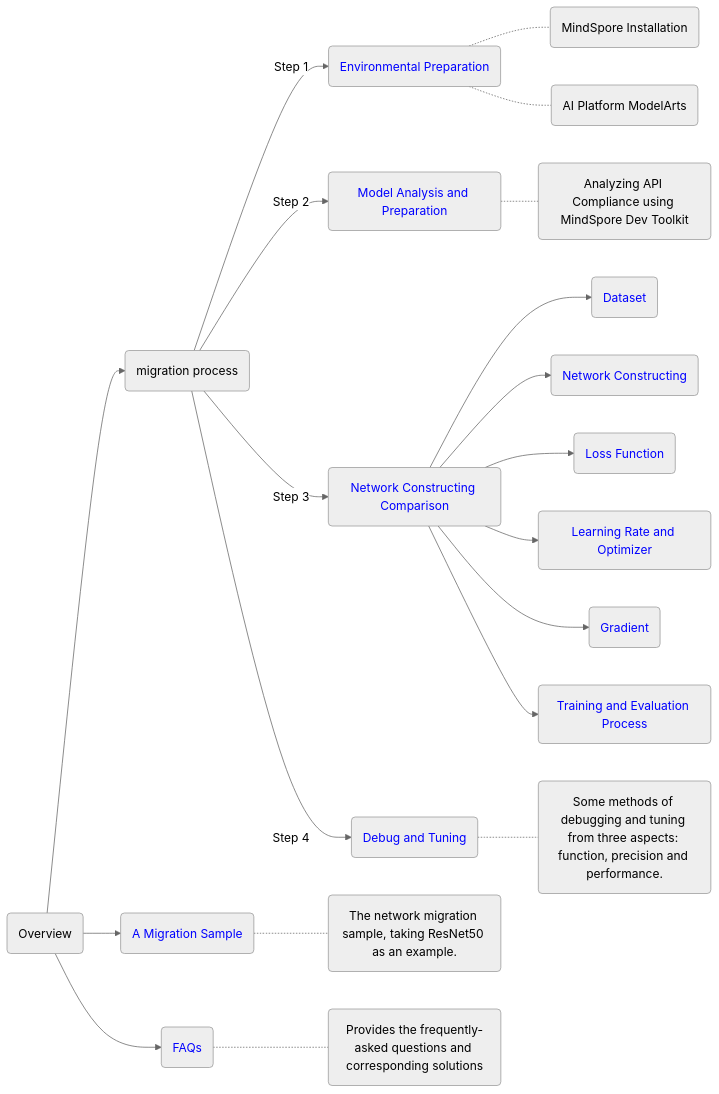
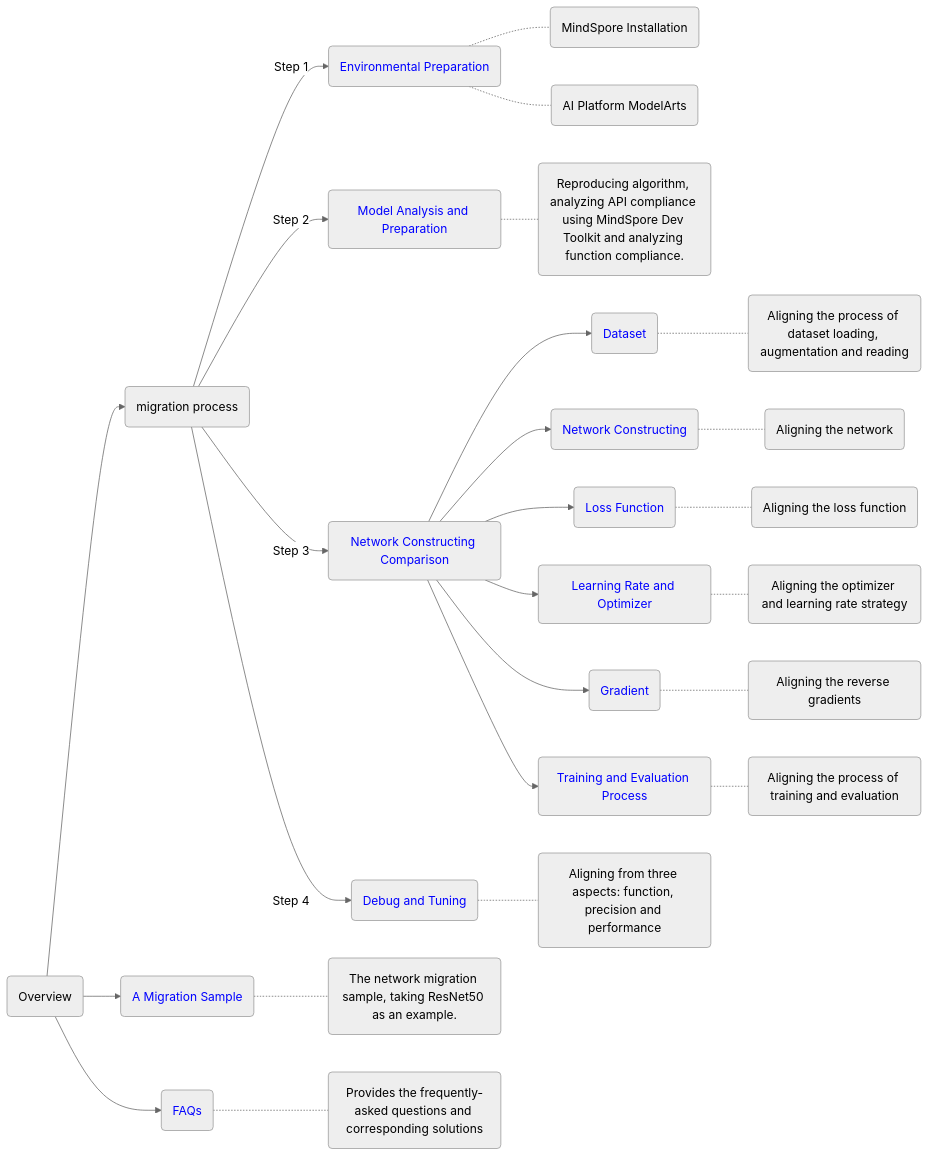
One commit to mindspore-ai/docs changed the diagram in docs/mindspore/source_en/migration_guide/overview.md. Above: the diagram before and after it, drawn with Mermaid (neutral theme). The commit also changed 9 other files, not shown here.

````diff
--- a/docs/mindspore/source_en/migration_guide/overview.md
+++ b/docs/mindspore/source_en/migration_guide/overview.md
@@ -7,37 +7,43 @@
 ```{mermaid}
 graph LR
 A(Overview)-->B(migration process)
 B-->|Step 1|E(<font color=blue>Environmental Preparation</font>)
 E-.-text1(MindSpore Installation)
 E-.-text2(AI Platform ModelArts)
 B-->|Step 2|F(<font color=blue>Model Analysis and Preparation</font>)
-F-.-text3(Analyzing API Compliance using MindSpore Dev Toolkit)
+F-.-text3(Reproducing algorithm, analyzing API compliance using MindSpore Dev Toolkit and analyzing function compliance.)
 B-->|Step 3|G(<font color=blue>Network Constructing Comparison</font>)
 G-->I(<font color=blue>Dataset</font>)
+I-.-text4(Aligning the process of dataset loading, augmentation and reading)
 G-->J(<font color=blue>Network Constructing</font>)
+J-.-text5(Aligning the network)
 G-->N(<font color=blue>Loss Function</font>)
+N-.-text6(Aligning the loss function)
 G-->K(<font color=blue>Learning Rate and Optimizer</font>)
+K-.-text7(Aligning the optimizer and learning rate strategy)
 G-->L(<font color=blue>Gradient</font>)
+L-.-text8(Aligning the reverse gradients)
 G-->M(<font color=blue>Training and Evaluation Process</font>)
+M-.-text9(Aligning the process of training and evaluation)
 B-->|Step 4|H(<font color=blue>Debug and Tuning</font>)
-H-.-text4(Some methods of debugging and tuning from three aspects: function, precision and performance.)
+H-.-text10(Aligning from three aspects: function, precision and performance)
 A-->C(<font color=blue>A Migration Sample</font>)
-C-.-text5(The network migration sample, taking ResNet50 as an example.)
+C-.-text11(The network migration sample, taking ResNet50 as an example.)
 A-->D(<font color=blue>FAQs</font>)
-D-.-text6(Provides the frequently-asked questions and corresponding solutions)
+D-.-text12(Provides the frequently-asked questions and corresponding solutions)
 
 click C "https://www.mindspore.cn/docs/en/r2.3/migration_guide/sample_code.html"
 click D "https://www.mindspore.cn/docs/en/r2.3/migration_guide/faq.html"
 
 click E "https://www.mindspore.cn/docs/en/r2.3/migration_guide/enveriment_preparation.html"
 click F "https://www.mindspore.cn/docs/en/r2.3/migration_guide/analysis_and_preparation.html"
 click G "https://www.mindspore.cn/docs/en/r2.3/migration_guide/model_development/model_development.html"
 click H "https://www.mindspore.cn/docs/en/r2.3/migration_guide/debug_and_tune.html"
 
 click I "https://www.mindspore.cn/docs/en/r2.3/migration_guide/model_development/dataset.html"
 click J "https://www.mindspore.cn/docs/en/r2.3/migration_guide/model_development/model_and_cell.html"
 click K "https://www.mindspore.cn/docs/en/r2.3/migration_guide/model_development/learning_rate_and_optimizer.html"
 click L "https://www.mindspore.cn/docs/en/r2.3/migration_guide/model_development/gradient.html"
 click M "https://www.mindspore.cn/docs/en/r2.3/migration_guide/model_development/training_and_evaluation.html"
 click N "https://www.mindspore.cn/docs/en/r2.3/migration_guide/model_development/loss_function.html"
 ```
````
